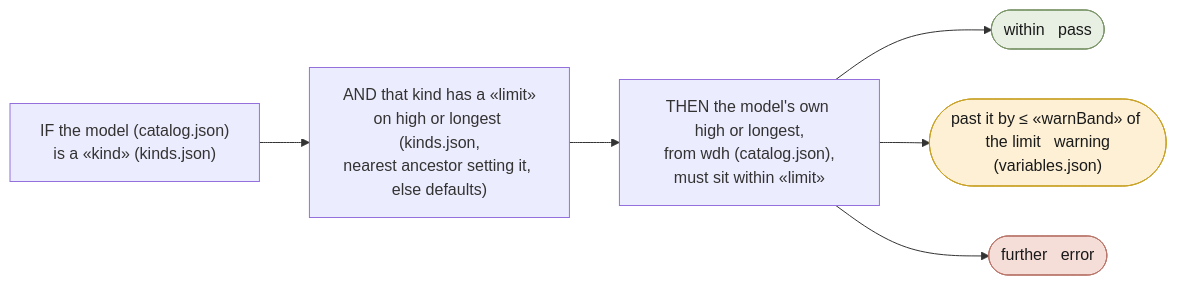
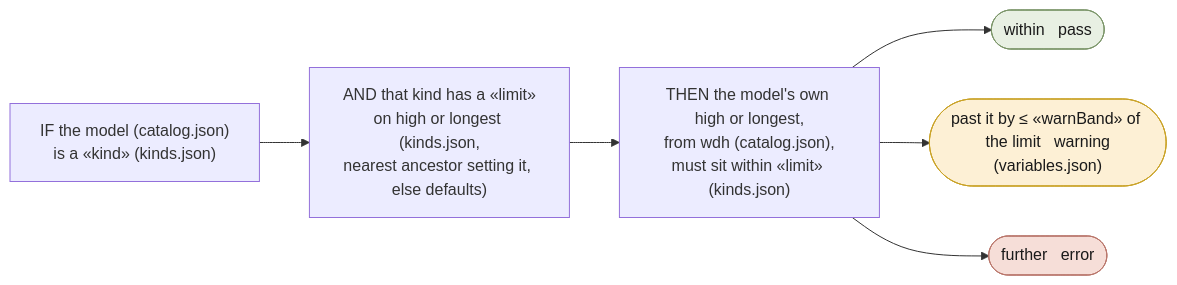
The first of 2 diagrams in docs/asset_style_guide.md (Paumen/Taalei), drawn with Mermaid before and after one commit.

Commit message:
Name the source of the limit in the size flow
Claude-Session: https://claude.ai/code/session_01WSw3EfvwRoKbd1BgiD7vpB

````diff
--- a/docs/asset_style_guide.md
+++ b/docs/asset_style_guide.md
@@ -153,14 +153,14 @@
 ```mermaid
 flowchart LR
   I["IF the model (catalog.json)<br/>is a «kind» (kinds.json)"] --> A["AND that kind has a «limit»<br/>on high or longest (kinds.json,<br/>nearest ancestor setting it, else defaults)"]
-  A --> T["THEN the model's own high or longest,<br/>from wdh (catalog.json),<br/>must sit within «limit»"]
+  A --> T["THEN the model's own high or longest,<br/>from wdh (catalog.json),<br/>must sit within «limit» (kinds.json)"]
   T --> Y(["within &nbsp; pass"])
   T --> W(["past it by ≤ «warnBand» of the limit &nbsp; warning<br/>(variables.json)"])
   T --> N(["further &nbsp; error"])
   classDef ok fill:#e8f0e3,stroke:#7a9468,color:#1a1a1a
   classDef warn fill:#fdf0d5,stroke:#c9a227,color:#1a1a1a
   classDef bad fill:#f6ded8,stroke:#b8756a,color:#1a1a1a
   class Y ok
   class W warn
   class N bad
 ```
````
